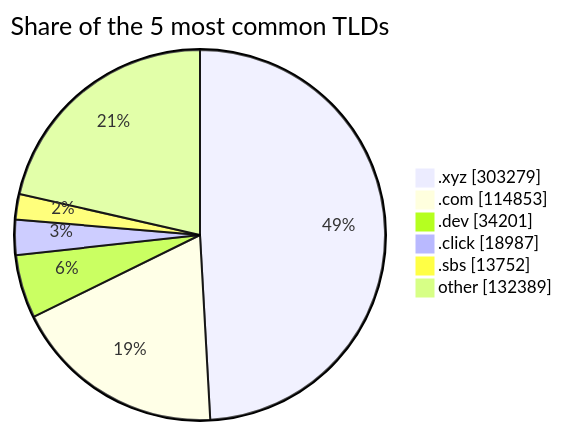
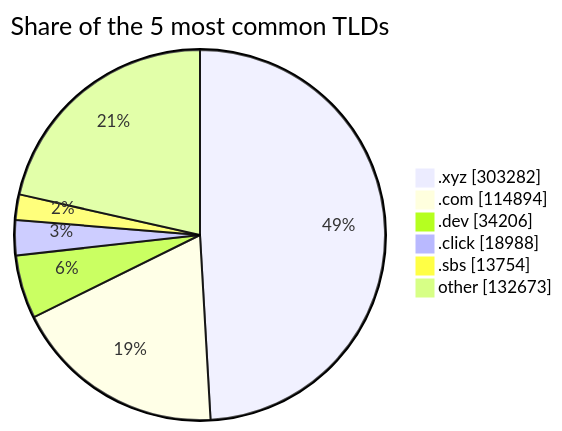
Before and after one commit to DNSBunker/CTI: the third of 3 diagrams in README.md, drawn with Mermaid. The commit also changed other lines of this file and 3 other files, not shown here.

````diff
--- a/README.md
+++ b/README.md
@@ -81,9 +81,9 @@
 ```mermaid
 pie showData title Share of the 5 most common TLDs
-    ".xyz" : 303279
-    ".com" : 114853
-    ".dev" : 34201
-    ".click" : 18987
-    ".sbs" : 13752
-    "other" : 132389
+    ".xyz" : 303282
+    ".com" : 114894
+    ".dev" : 34206
+    ".click" : 18988
+    ".sbs" : 13754
+    "other" : 132673
 ```
````
